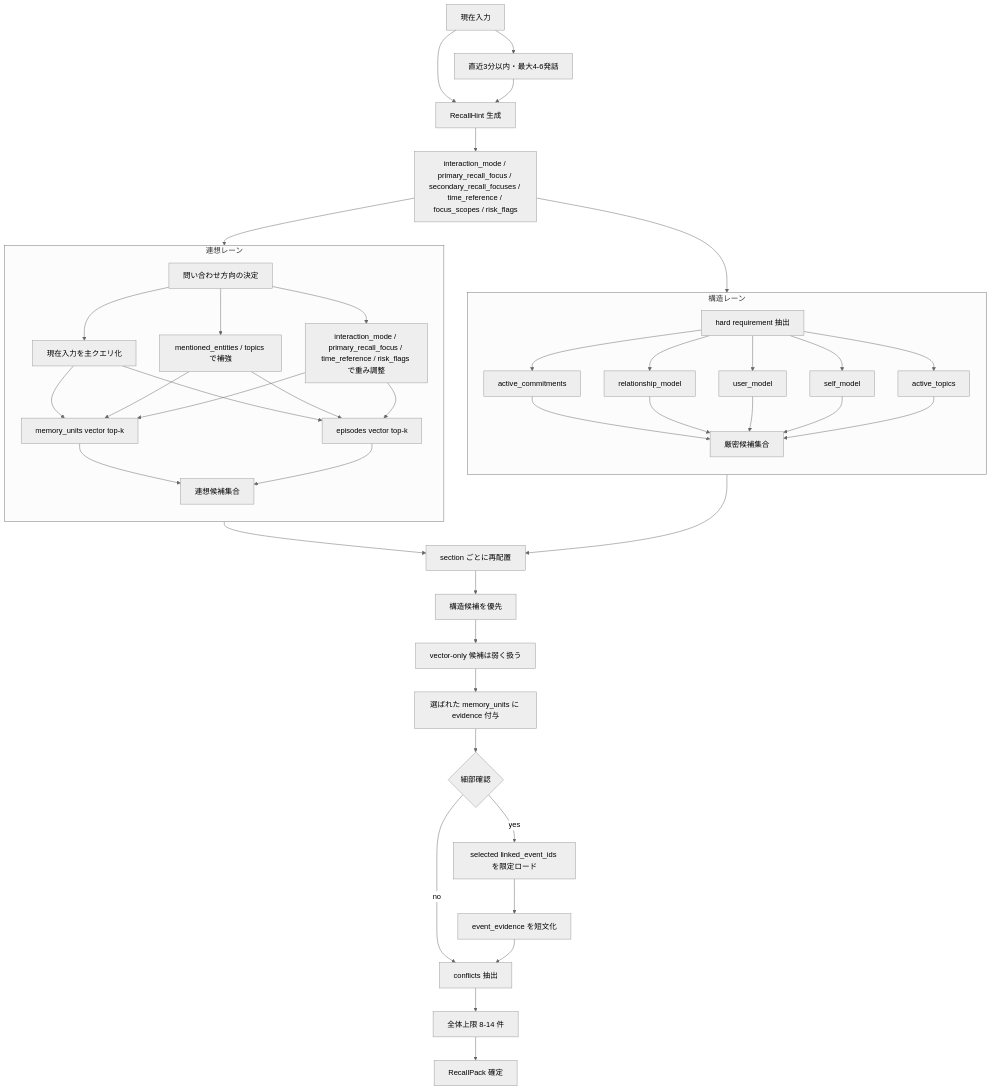
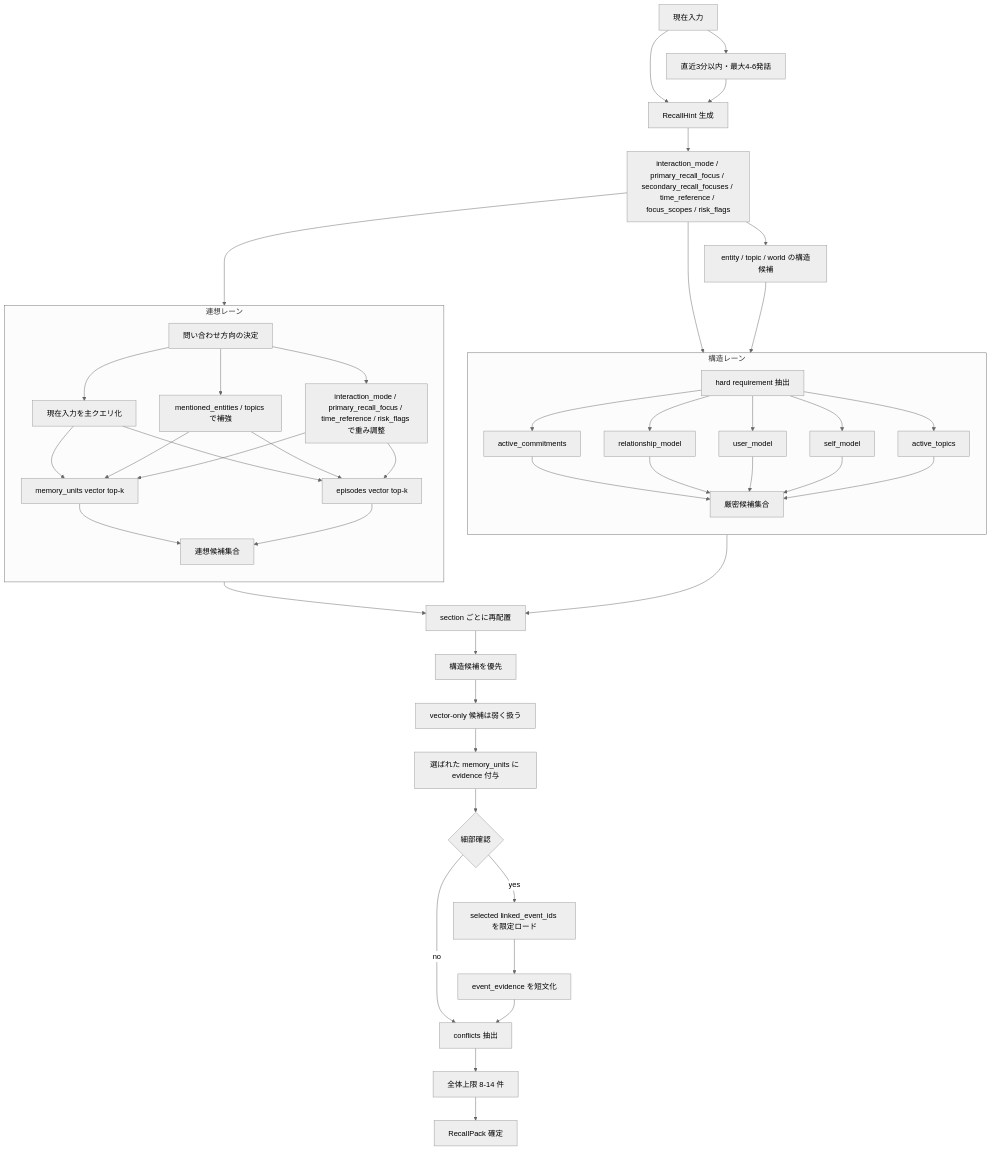
One commit to hirona98/OtomeKairo changed the second of 4 diagrams in docs/design/memory/05_想起と判断フロー図.md. Above: the diagram before and after it, drawn with Mermaid (neutral theme). The commit also changed 19 other files, not shown here.

````diff
--- a/docs/design/memory/05_想起と判断フロー図.md
+++ b/docs/design/memory/05_想起と判断フロー図.md
@@ -98,66 +98,69 @@
 ```mermaid
 flowchart TD
     A[現在入力] --> B[直近3分以内・最大4-6発話]
     A --> C[RecallHint 生成]
     B --> C
     C --> D[interaction_mode / primary_recall_focus / secondary_recall_focuses / time_reference / focus_scopes / risk_flags]
 
     D --> E1
     D --> E2
 
     subgraph SL[構造レーン]
         direction TB
         E1[hard requirement 抽出]
         F1[active_commitments]
         F2[relationship_model]
         F3[user_model]
         F4[self_model]
         F5[active_topics]
         G1[厳密候補集合]
         E1 --> F1
         E1 --> F2
         E1 --> F3
         E1 --> F4
         E1 --> F5
         F1 --> G1
         F2 --> G1
         F3 --> G1
         F4 --> G1
         F5 --> G1
     end
 
     subgraph VL[連想レーン]
         direction TB
         E2[問い合わせ方向の決定]
         H1[現在入力を主クエリ化]
         H2[mentioned_entities / topics で補強]
         H3[interaction_mode / primary_recall_focus / time_reference / risk_flags で重み調整]
         H4[memory_units vector top-k]
         H5[episodes vector top-k]
         H6[連想候補集合]
         E2 --> H1
         E2 --> H2
         E2 --> H3
         H1 --> H4
         H1 --> H5
         H2 --> H4
         H2 --> H5
         H3 --> H4
         H3 --> H5
         H4 --> H6
         H5 --> H6
     end
 
+    D --> ES[entity / topic / world の構造候補]
+    ES --> G1
+
     G1 --> I[section ごとに再配置]
     H6 --> I
     I --> J[構造候補を優先]
     J --> K[vector-only 候補は弱く扱う]
     K --> L[選ばれた memory_units に evidence 付与]
     L --> X{細部確認}
     X -- no --> M[conflicts 抽出]
     X -- yes --> Y[selected linked_event_ids を限定ロード]
     Y --> Z[event_evidence を短文化]
     Z --> M
     M --> N[全体上限 8-14 件]
     N --> O[RecallPack 確定]
 ```
````
